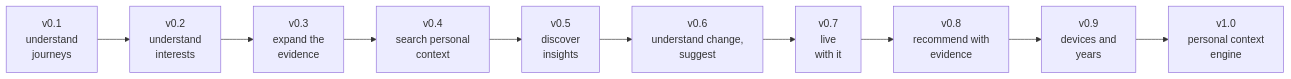
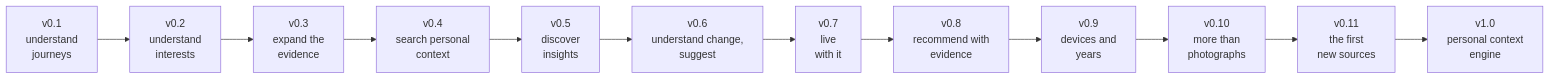
Before and after one commit to Nananananana/kiseki: the fourth of 4 diagrams in README.md, drawn with Mermaid. The commit also changed other lines of this file and 2 other files, not shown here.

Commit message:
docs: the road to v1.0, and evidence beyond photographs (proposals/0007)

````diff
--- a/README.md
+++ b/README.md
@@ -371,12 +371,14 @@
 ```mermaid
 flowchart LR
     V1["v0.1<br/>understand<br/>journeys"] --> V2["v0.2<br/>understand<br/>interests"]
     V2 --> V3["v0.3<br/>expand the<br/>evidence"]
     V3 --> V4["v0.4<br/>search personal<br/>context"]
     V4 --> V5["v0.5<br/>discover<br/>insights"]
     V5 --> V6["v0.6<br/>understand change,<br/>suggest"]
     V6 --> V7["v0.7<br/>live<br/>with it"]
     V7 --> V8["v0.8<br/>recommend with<br/>evidence"]
     V8 --> V9["v0.9<br/>devices and<br/>years"]
-    V9 --> V10["v1.0<br/>personal context<br/>engine"]
+    V9 --> S1["v0.10<br/>more than<br/>photographs"]
+    S1 --> S2["v0.11<br/>the first<br/>new sources"]
+    S2 --> V10["v1.0<br/>personal context<br/>engine"]
 ```
````
